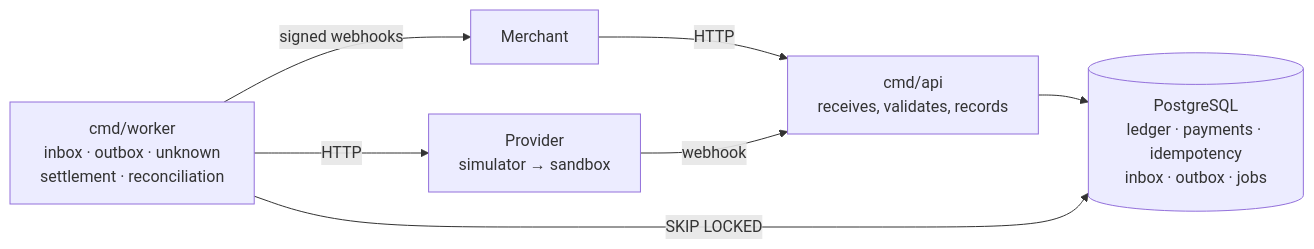
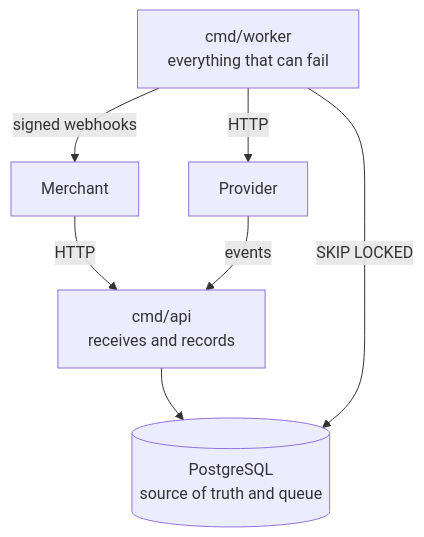
The first of 2 diagrams in README.md (gengibrepower/cross-border-pay), drawn with Mermaid before and after one commit. The commit also changed other lines of this file and 1 other file, not shown here.

````diff
--- a/README.md
+++ b/README.md
@@ -73,9 +343,14 @@
 ```mermaid
-flowchart LR
-    M[Merchant] -- HTTP --> API
-    P[Provider<br/>simulator → sandbox] -- webhook --> API
-    API["cmd/api<br/>receives, validates, records"] --> DB[("PostgreSQL<br/>ledger · payments · idempotency<br/>inbox · outbox · jobs")]
-    W["cmd/worker<br/>inbox · outbox · unknown<br/>settlement · reconciliation"] -- "SKIP LOCKED" --> DB
+flowchart TB
+    M[Merchant]
+    P[Provider]
+    API["cmd/api<br/>receives and records"]
+    DB[("PostgreSQL<br/>source of truth and queue")]
+    W["cmd/worker<br/>everything that can fail"]
+    M -- HTTP --> API
+    P -- events --> API
+    API --> DB
+    W -- SKIP LOCKED --> DB
     W -- HTTP --> P
     W -- signed webhooks --> M
 ```
````
